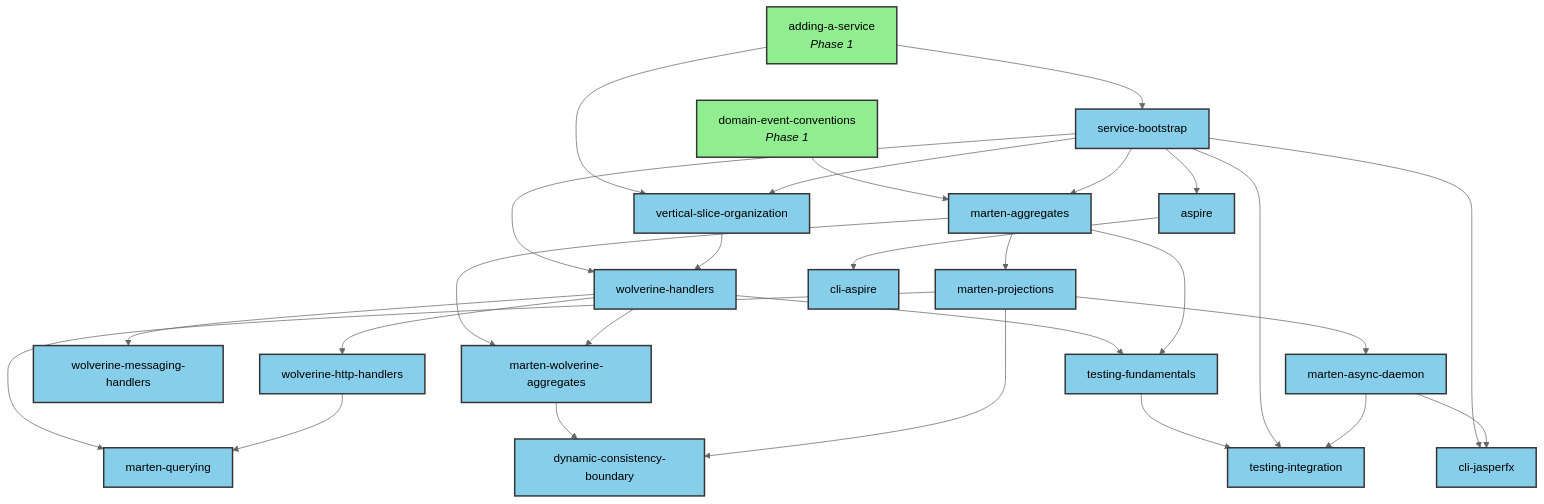
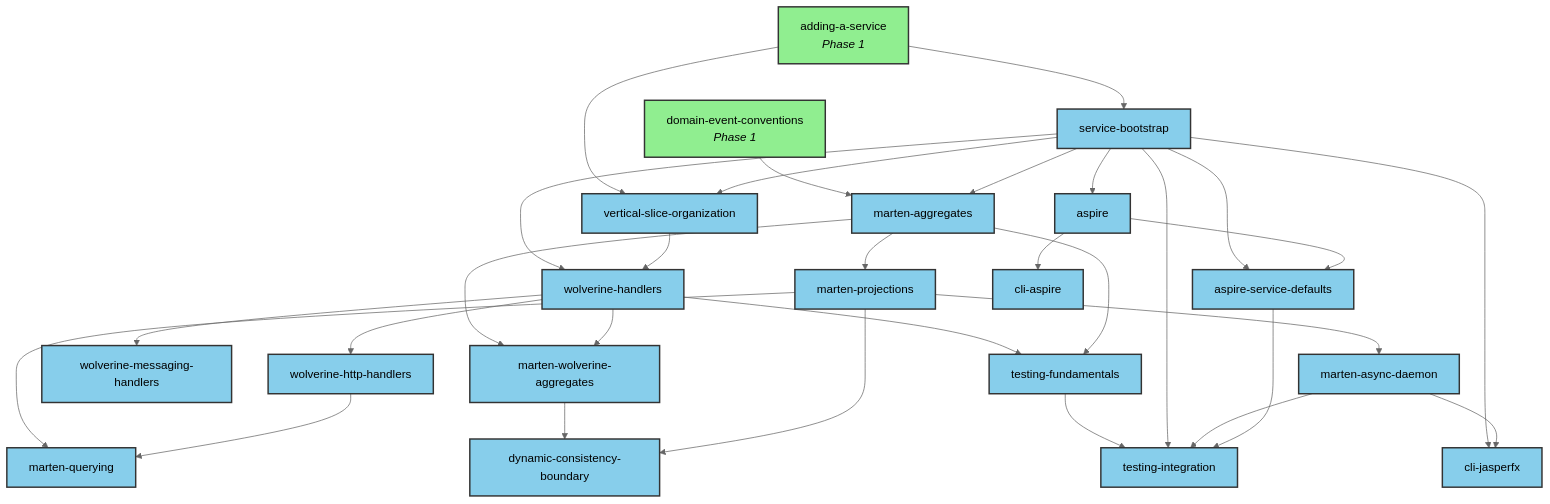
One commit to erikshafer/CritterCab changed the second of 4 diagrams in docs/skills/README.md. Above: the diagram before and after it, drawn with Mermaid (neutral theme). The commit also changed other lines of this file and 6 other files, not shown here.

````diff
--- a/docs/skills/README.md
+++ b/docs/skills/README.md
@@ -247,69 +250,73 @@
 ```mermaid
 graph TB
     %% Anchors from Phase 1
     AS[adding-a-service<br/><i>Phase 1</i>]
     DEC[domain-event-conventions<br/><i>Phase 1</i>]
 
     %% Service composition root
     SB[service-bootstrap]
     VSO[vertical-slice-organization]
 
     AS --> SB
     AS --> VSO
     SB --> VSO
 
     %% Wolverine handler family
     WH[wolverine-handlers]
     WHH[wolverine-http-handlers]
     WMH[wolverine-messaging-handlers]
 
     SB --> WH
     VSO --> WH
     WH --> WHH
     WH --> WMH
 
     %% Marten cluster
     MA[marten-aggregates]
     MWA[marten-wolverine-aggregates]
     MP[marten-projections]
     MQ[marten-querying]
     MAD[marten-async-daemon]
     DCB[dynamic-consistency-boundary]
 
     DEC --> MA
     SB --> MA
     MA --> MWA
     WH --> MWA
     MA --> MP
     MWA --> DCB
     MP --> DCB
     MP --> MQ
     MP --> MAD
     WHH --> MQ
 
     %% Testing
     TF[testing-fundamentals]
     TI[testing-integration]
 
     WH --> TF
     MA --> TF
     TF --> TI
     SB --> TI
     MAD --> TI
 
     %% Infrastructure
     ASP[aspire]
+    ASD[aspire-service-defaults]
     CLA[cli-aspire]
     CLJ[cli-jasperfx]
 
     SB --> ASP
     ASP --> CLA
     SB --> CLJ
     MAD --> CLJ
+    SB --> ASD
+    ASP --> ASD
+    ASD --> TI
 
     classDef phase1 fill:#90ee90,stroke:#333,stroke-width:2px
     classDef phase2 fill:#87ceeb,stroke:#333,stroke-width:2px
 
     class AS,DEC phase1
-    class SB,VSO,WH,WHH,WMH,MA,MWA,MP,MQ,MAD,DCB,TF,TI,ASP,CLA,CLJ phase2
+    class SB,VSO,WH,WHH,WMH,MA,MWA,MP,MQ,MAD,DCB,TF,TI,ASP,ASD,CLA,CLJ phase2
 ```
````
